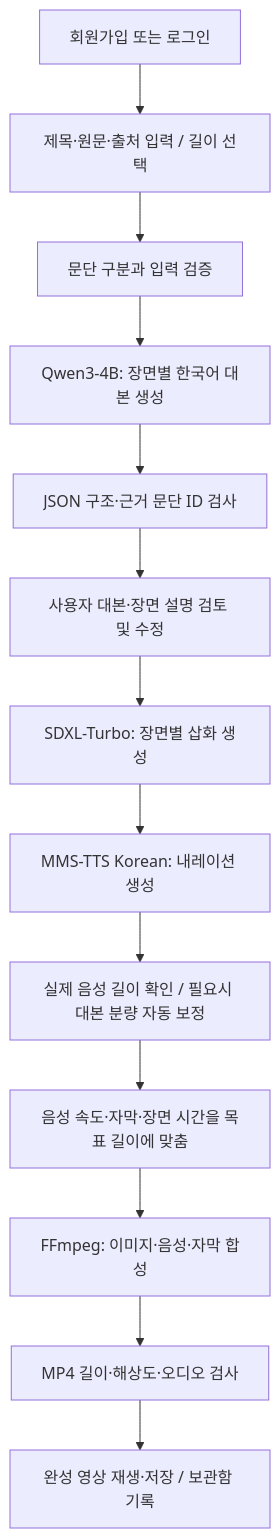
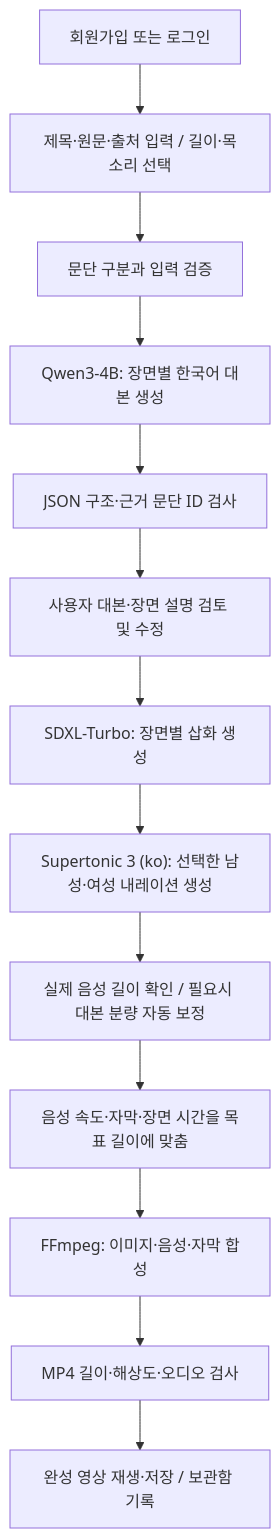
One commit to wittycomputer/Shorts_Story changed the second of 3 diagrams in docs/PROJECT_OVERVIEW.md. Above: the diagram before and after it, drawn with Mermaid. The commit also changed other lines of this file and 28 other files, not shown here.

First line of the commit message:
feat: replace Korean TTS and add per-project voice selection

````diff
--- a/docs/PROJECT_OVERVIEW.md
+++ b/docs/PROJECT_OVERVIEW.md
@@ -60,15 +61,15 @@
 ```mermaid
 flowchart TD
-    Start["회원가입 또는 로그인"] --> Input["제목·원문·출처 입력 / 길이 선택"]
+    Start["회원가입 또는 로그인"] --> Input["제목·원문·출처 입력 / 길이·목소리 선택"]
     Input --> Paragraphs["문단 구분과 입력 검증"]
     Paragraphs --> Qwen["Qwen3-4B: 장면별 한국어 대본 생성"]
     Qwen --> Structure["JSON 구조·근거 문단 ID 검사"]
     Structure --> Review["사용자 대본·장면 설명 검토 및 수정"]
     Review --> Images["SDXL-Turbo: 장면별 삽화 생성"]
-    Images --> Voice["MMS-TTS Korean: 내레이션 생성"]
+    Images --> Voice["Supertonic 3 (ko): 선택한 남성·여성 내레이션 생성"]
     Voice --> Fit["실제 음성 길이 확인 / 필요시 대본 분량 자동 보정"]
     Fit --> Timing["음성 속도·자막·장면 시간을 목표 길이에 맞춤"]
     Timing --> Video["FFmpeg: 이미지·음성·자막 합성"]
     Video --> Check["MP4 길이·해상도·오디오 검사"]
     Check --> Done["완성 영상 재생·저장 / 보관함 기록"]
 ```
````
